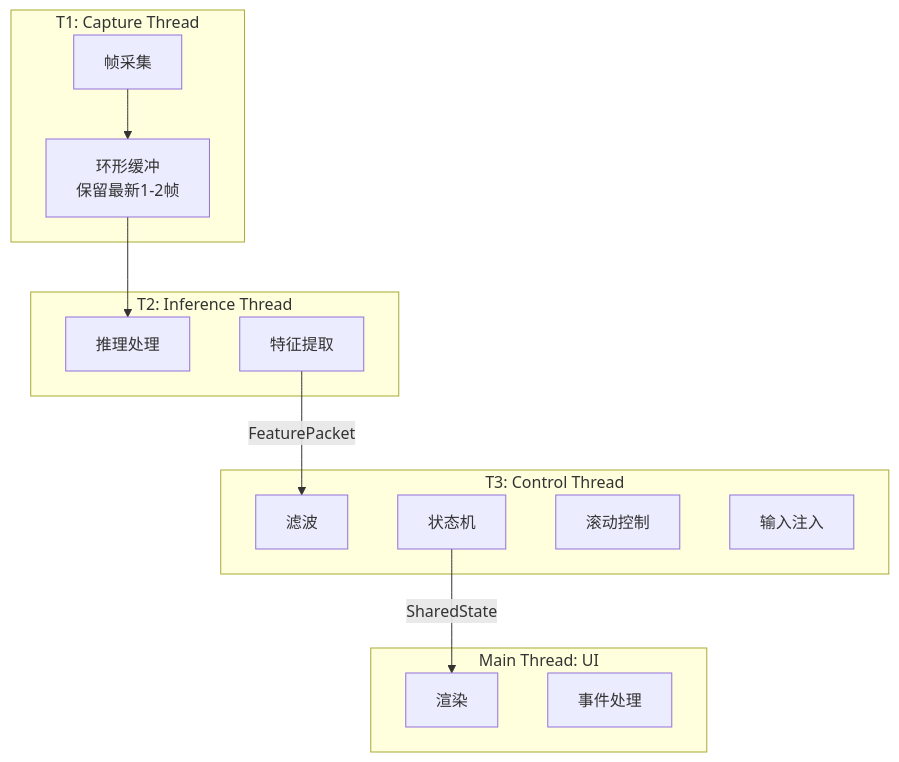
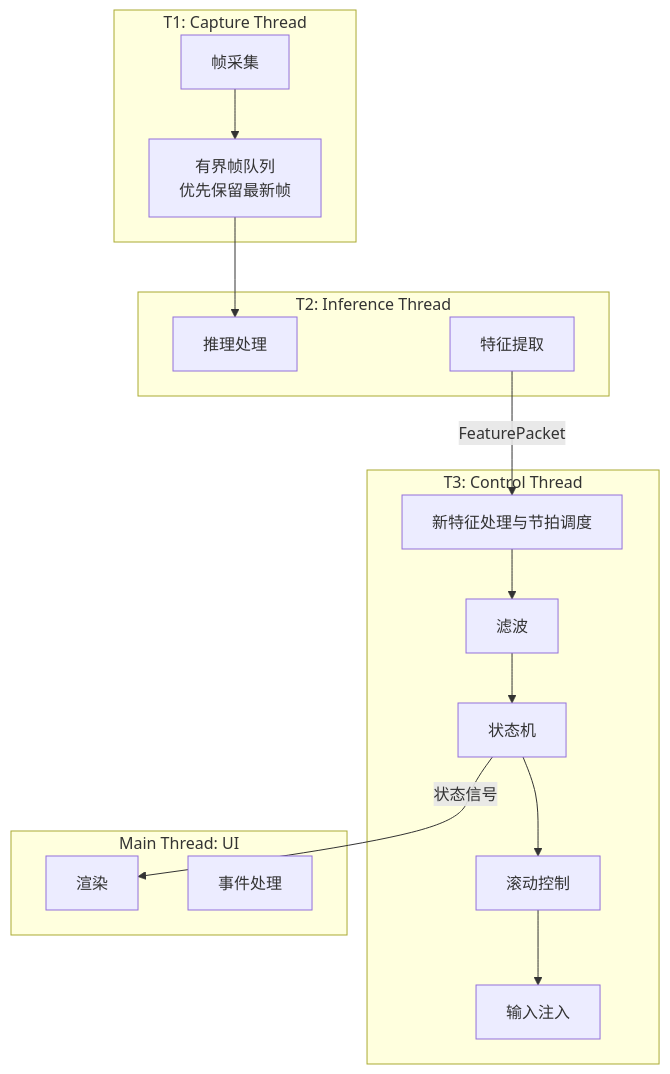
One commit to Aiyanye123/HeadScroll changed the fifth of 6 diagrams in 架构文档.md. Above: the diagram before and after it, drawn with Mermaid. The commit also changed other lines of this file and 23 other files, not shown here.

````diff
--- a/架构文档.md
+++ b/架构文档.md
@@ -319,29 +340,34 @@
 ```mermaid
 graph TB
     subgraph T1["T1: Capture Thread"]
         CAP[帧采集]
-        BUF[环形缓冲<br/>保留最新1-2帧]
+        BUF[有界帧队列<br/>优先保留最新帧]
     end
     
     subgraph T2["T2: Inference Thread"]
         INF[推理处理]
         FEA[特征提取]
     end
     
     subgraph T3["T3: Control Thread"]
+        CTRL[新特征处理与节拍调度]
         FLT[滤波]
         FSM[状态机]
         CTL[滚动控制]
         INJ[输入注入]
     end
     
     subgraph Main["Main Thread: UI"]
         REN[渲染]
         EVT[事件处理]
     end
     
     CAP --> BUF
     BUF --> INF
-    FEA --> |FeaturePacket| FLT
-    FSM --> |SharedState| REN
+    FEA --> |FeaturePacket| CTRL
+    CTRL --> FLT
+    FLT --> FSM
+    FSM --> CTL
+    CTL --> INJ
+    FSM --> |状态信号| REN
 ```
````
